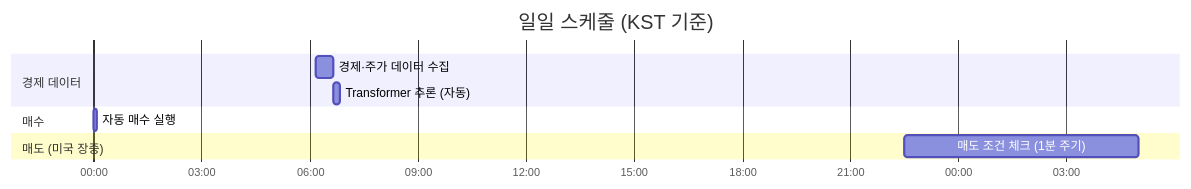
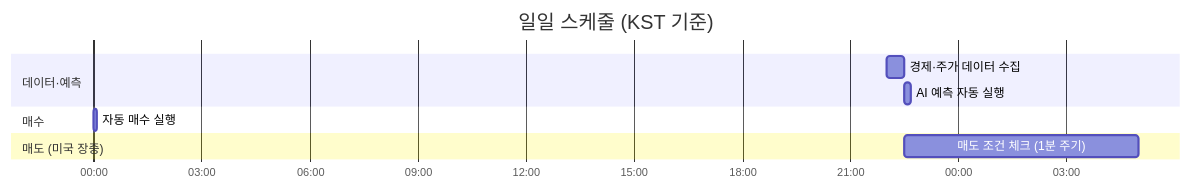
One commit to JangJiWon0108/-trader-ai changed the third of 3 diagrams in docs/README.md. Above: the diagram before and after it, drawn with Mermaid. The commit also changed other lines of this file and 58 other files, not shown here.

````diff
--- a/docs/README.md
+++ b/docs/README.md
@@ -356,16 +361,16 @@
 ```mermaid
 gantt
     title 일일 스케줄 (KST 기준)
     dateFormat HH:mm
     axisFormat %H:%M
 
-    section 경제 데이터
-    경제·주가 데이터 수집     :06:10, 30m
-    Transformer 추론 (자동)   :06:40, 10m
+    section 데이터·예측
+    경제·주가 데이터 수집     :22:00, 30m
+    AI 예측 자동 실행         :22:30, 10m
 
     section 매수
     자동 매수 실행            :00:00, 5m
 
     section 매도 (미국 장중)
     매도 조건 체크 (1분 주기) :22:30, 390m
 ```
````
